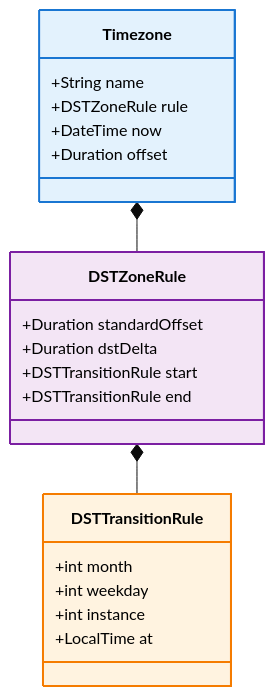
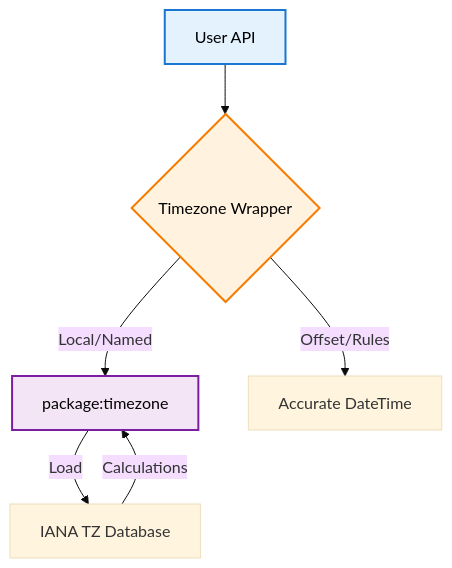
The second of 2 diagrams in doc/time/architecture.md (pooriaaskarim/logd), drawn with Mermaid (base theme) before and after one commit. The commit also changed other lines of this file and 7 other files, not shown here.

````diff
--- a/doc/time/architecture.md
+++ b/doc/time/architecture.md
@@ -46,30 +40,12 @@
 ```mermaid
-classDiagram
-    class Timezone {
-        +String name
-        +DSTZoneRule rule
-        +DateTime now
-        +Duration offset
-    }
-
-    class DSTZoneRule {
-        +Duration standardOffset
-        +Duration dstDelta
-        +DSTTransitionRule start
-        +DSTTransitionRule end
-    }
-
-    class DSTTransitionRule {
-        +int month
-        +int weekday
-        +int instance
-        +LocalTime at
-    }
-
-    Timezone *-- DSTZoneRule
-    DSTZoneRule *-- DSTTransitionRule
+graph TD
+    User[User API] --> Timezone{Timezone Wrapper}
+    Timezone -->|Local/Named| TZPkg[package:timezone]
+    TZPkg -->|Load| Database[IANA TZ Database]
+    Database -->|Calculations| TZPkg
+    Timezone -->|Offset/Rules| Result[Accurate DateTime]
     
-    style Timezone fill:#e3f2fd,stroke:#1976d2,stroke-width:2px,color:#000
-    style DSTZoneRule fill:#f3e5f5,stroke:#7b1fa2,stroke-width:2px,color:#000
-    style DSTTransitionRule fill:#fff3e0,stroke:#f57c00,stroke-width:2px,color:#000
+    style User fill:#e3f2fd,stroke:#1976d2,stroke-width:2px,color:#000
+    style Timezone fill:#fff3e0,stroke:#f57c00,stroke-width:2px,color:#000
+    style TZPkg fill:#f3e5f5,stroke:#7b1fa2,stroke-width:2px,color:#000
 ```
````
